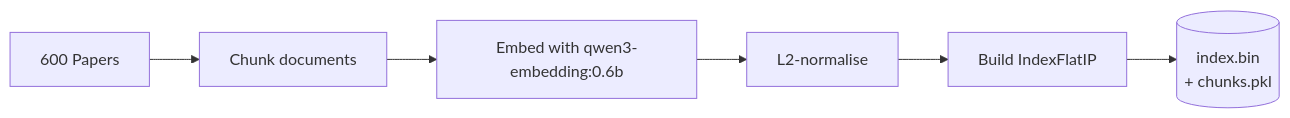
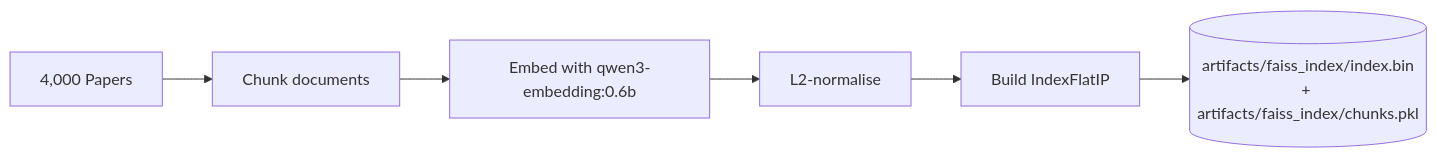
One commit to pypi-ahmad/agentic-rag-arxiv-research-assistant changed the first of 2 diagrams in docs/02_core_concepts/vector_databases.md. Above: the diagram before and after it, drawn with Mermaid. The commit also changed other lines of this file and 25 other files, not shown here.

````diff
--- a/docs/02_core_concepts/vector_databases.md
+++ b/docs/02_core_concepts/vector_databases.md
@@ -207,8 +207,8 @@
 ```mermaid
 flowchart LR
-    P[600 Papers] --> C[Chunk documents]
+    P[4,000 Papers] --> C[Chunk documents]
     C --> E[Embed with qwen3-embedding:0.6b]
     E --> N[L2-normalise]
     N --> F[Build IndexFlatIP]
-    F --> D[(index.bin\n+ chunks.pkl)]
+    F --> D[(artifacts/faiss_index/index.bin\n+ artifacts/faiss_index/chunks.pkl)]
 ```
````
